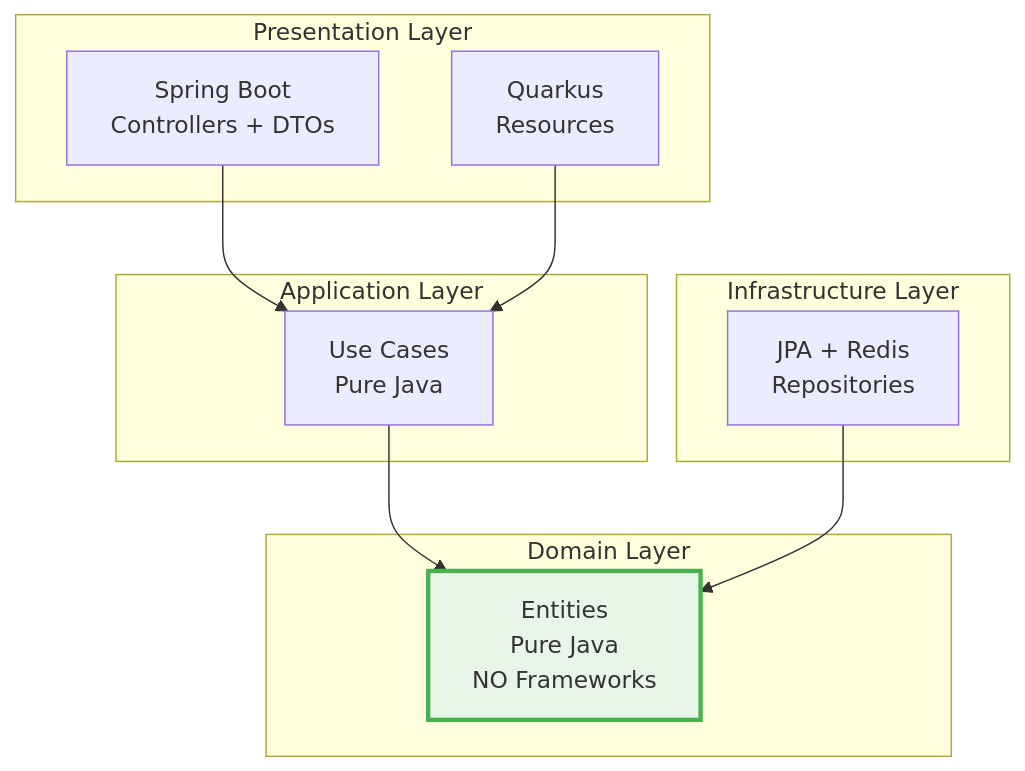
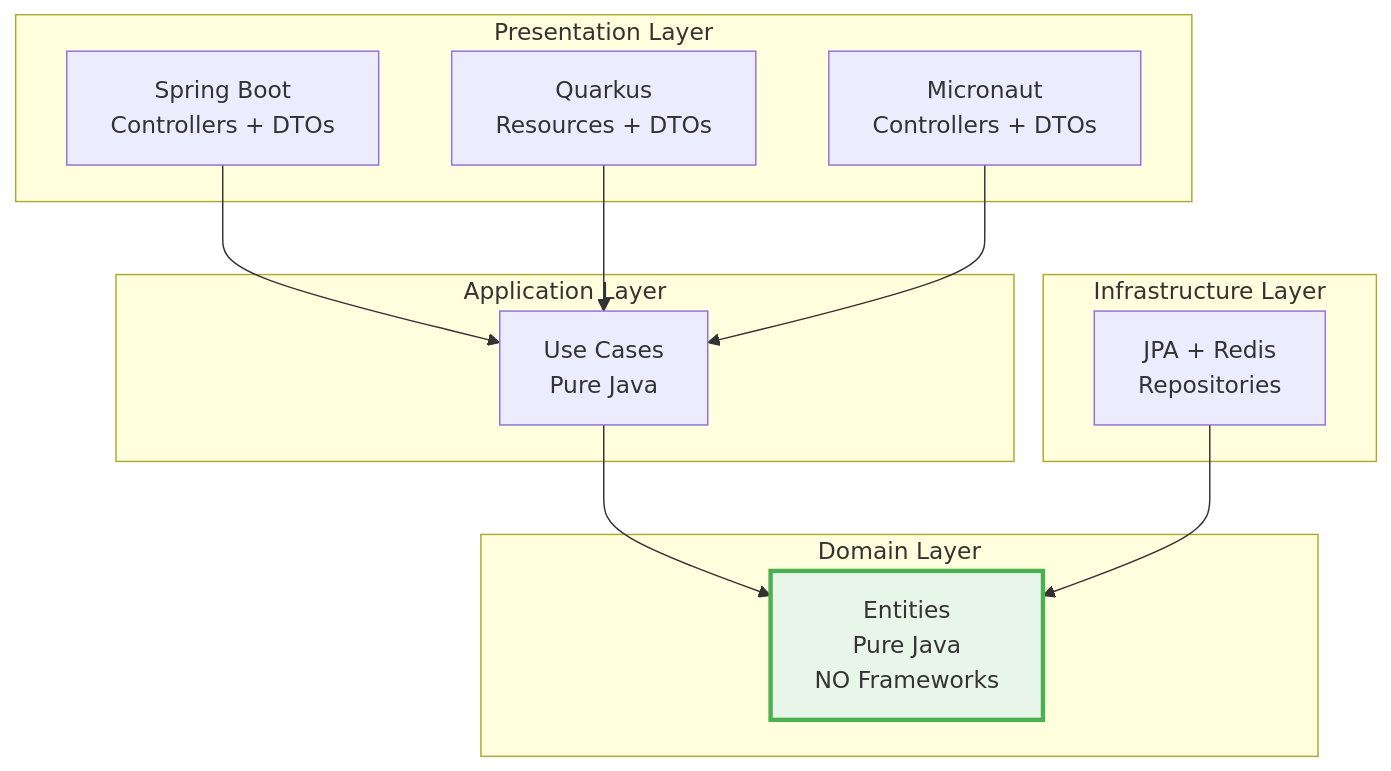
Before and after one commit to leandro-yamaniha/java-hexagonal: the diagram in EXECUTIVE_SUMMARY.md, drawn with Mermaid. The commit also changed other lines of this file and 1 other file, not shown here.

First line of the commit message:
docs: Atualizar documentação com Micronaut e OpenAPI

````diff
--- a/EXECUTIVE_SUMMARY.md
+++ b/EXECUTIVE_SUMMARY.md
@@ -24,26 +24,28 @@
 ```mermaid
 graph TB
     subgraph "Presentation Layer"
         A[Spring Boot<br/>Controllers + DTOs]
-        B[Quarkus<br/>Resources]
+        B[Quarkus<br/>Resources + DTOs]
+        F[Micronaut<br/>Controllers + DTOs]
     end
     
     subgraph "Application Layer"
         C[Use Cases<br/>Pure Java]
     end
     
     subgraph "Domain Layer"
         D[Entities<br/>Pure Java<br/>NO Frameworks]
     end
     
     subgraph "Infrastructure Layer"
         E[JPA + Redis<br/>Repositories]
     end
     
     A --> C
     B --> C
+    F --> C
     C --> D
     E --> D
     
     style D fill:#e8f5e9,stroke:#4caf50,stroke-width:3px
 ```
````
